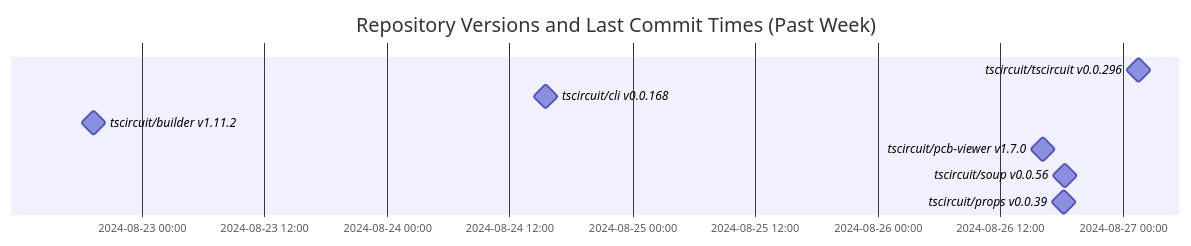
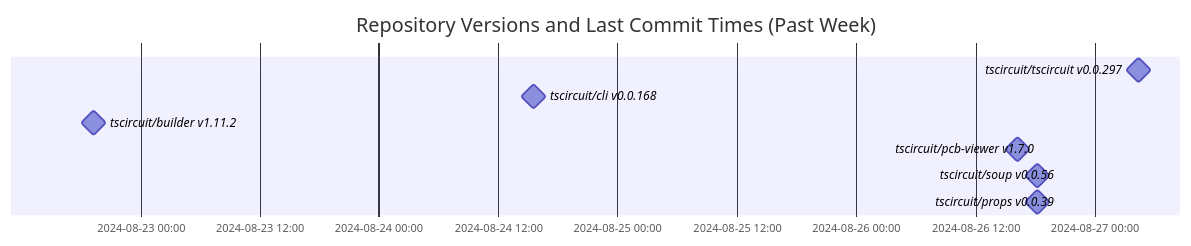
Before and after one commit to tscircuit/version-tracker: the diagram in README.md, drawn with Mermaid.

Commit message:
Update chart

````diff
--- a/README.md
+++ b/README.md
@@ -1,13 +1,13 @@
 ```mermaid
 gantt
   dateFormat  YYYY-MM-DD HH:mm:ss
   title Repository Versions and Last Commit Times (Past Week)
   axisFormat %Y-%m-%d %H:%M
 
-  tscircuit/tscircuit v0.0.296 : milestone, 2024-08-27 01:32:51, 1s
+  tscircuit/tscircuit v0.0.297 : milestone, 2024-08-27 04:25:04, 1s
   tscircuit/cli v0.0.168 : milestone, 2024-08-24 15:32:19, 1s
   tscircuit/builder v1.11.2 : milestone, 2024-08-22 19:17:19, 1s
   tscircuit/pcb-viewer v1.7.0 : milestone, 2024-08-26 16:11:24, 1s
   tscircuit/soup v0.0.56 : milestone, 2024-08-26 18:17:15, 1s
   tscircuit/props v0.0.39 : milestone, 2024-08-26 18:16:02, 1s
 ```
````
